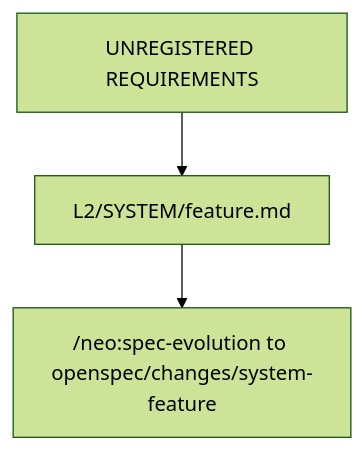
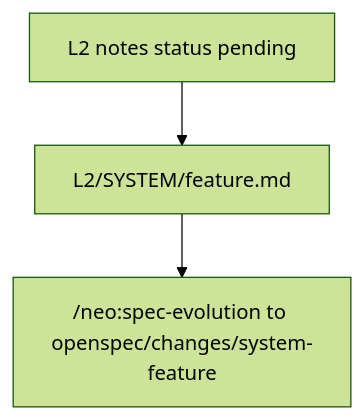
Before and after one commit to AdamAntinoo/neocom-meta: the fourth of 7 diagrams in PROGRAMME.md, drawn with Mermaid (forest theme). The commit also changed other lines of this file and 103 other files, not shown here.

````diff
--- a/PROGRAMME.md
+++ b/PROGRAMME.md
@@ -207,5 +207,5 @@
 ```mermaid
 flowchart TD
-  unreg["UNREGISTERED REQUIREMENTS"] --> place["L2/SYSTEM/feature.md"]
+  pending["L2 notes status pending"] --> place["L2/SYSTEM/feature.md"]
   place --> openspec["/neo:spec-evolution to openspec/changes/system-feature"]
 ```
````
